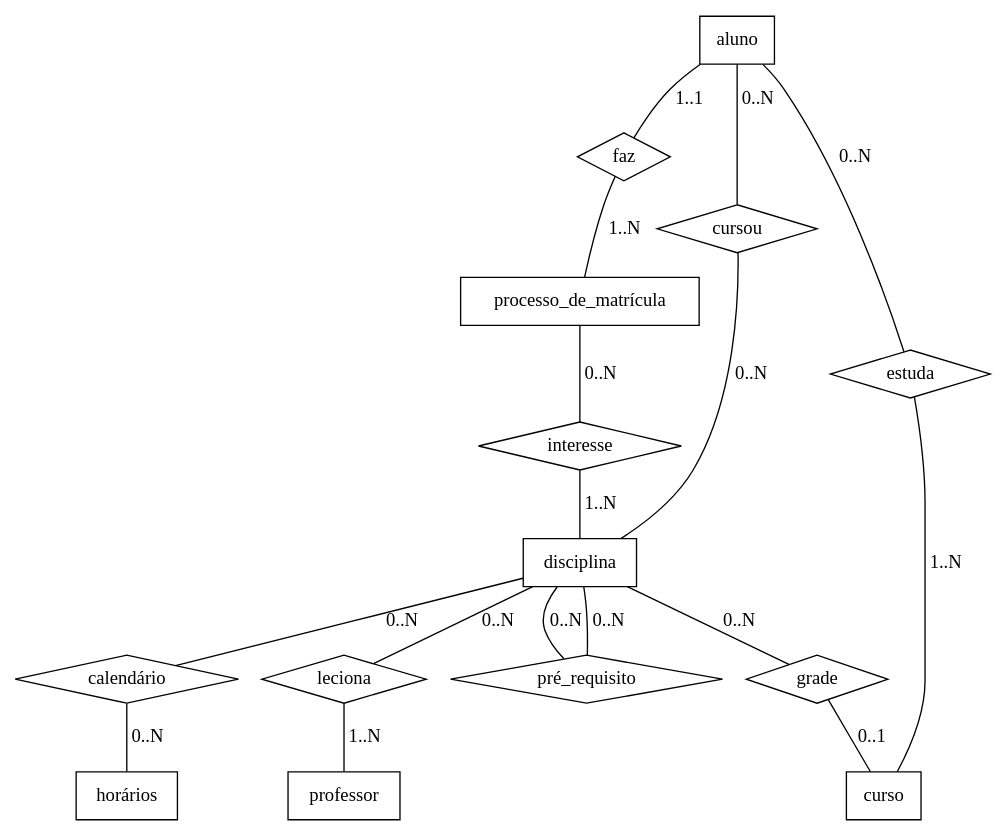
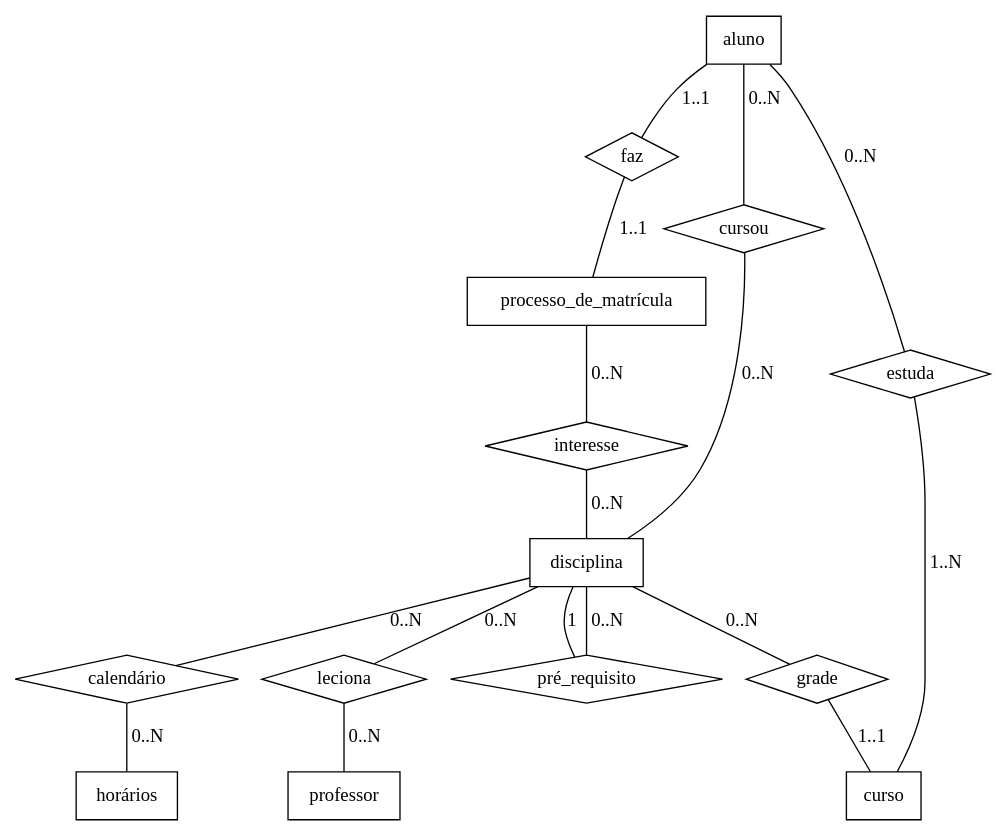
Before and after one commit to krol08/BCD-29008: the diagram in diagramaER.dot, drawn with Graphviz.

Commit message:
versão professor

```diff
--- a/diagramaER.dot
+++ b/diagramaER.dot
@@ -1,38 +1,38 @@
 graph diagramaER{
 	//dot -Tpng diagramaER.dot -o diagramaER.png
 	//Entidades
 	aluno [shape = record]
 	disciplina [shape = record]
 	processo_de_matrícula [shape = record]
 	horários [shape = record]
 	professor [shape = record]
 	curso [shape = record]
 
 	//relacionamentos
 	cursou [shape=diamond]
 	faz [shape=diamond]
 	interesse [shape=diamond]
 	estuda [shape=diamond]
 	pré_requisito [shape=diamond]
 	calendário [shape=diamond]
 	grade [shape=diamond]
 	leciona [shape=diamond]
 
 	//ligações
 	aluno	-- cursou  [label="0..N"]
 	cursou	-- disciplina [label="0..N"]
 	aluno	-- faz [label="1..1"]
-	faz		-- processo_de_matrícula[label="1..N"]
+	faz		-- processo_de_matrícula[label="1..1"]
 	aluno -- estuda [label="0..N"]
 	estuda	-- curso [label="1..N"]
 	processo_de_matrícula -- interesse [label="0..N"]
-	interesse -- disciplina [label="1..N"]
-	disciplina -- pré_requisito [label="0..N"]
+	interesse -- disciplina [label="0..N"]
+	disciplina -- pré_requisito [label="1"]
 	pré_requisito -- disciplina [label="0..N"]
 	disciplina -- calendário [label="0..N"]
  	calendário-- horários [label="0..N"]
 	disciplina -- grade [label="0..N"]
-	grade -- curso [label="0..1"]
+	grade -- curso [label="1..1"]
 	disciplina -- leciona [label="0..N"]
-	leciona -- professor [label="1..N"]
+	leciona -- professor [label="0..N"]
 }
```
